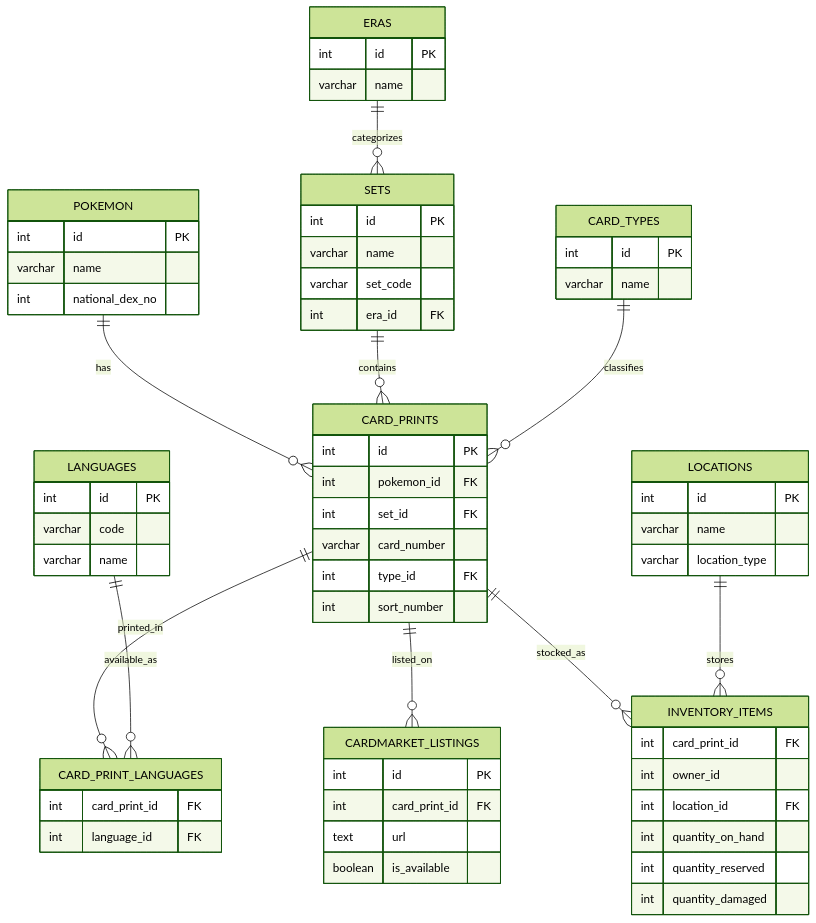
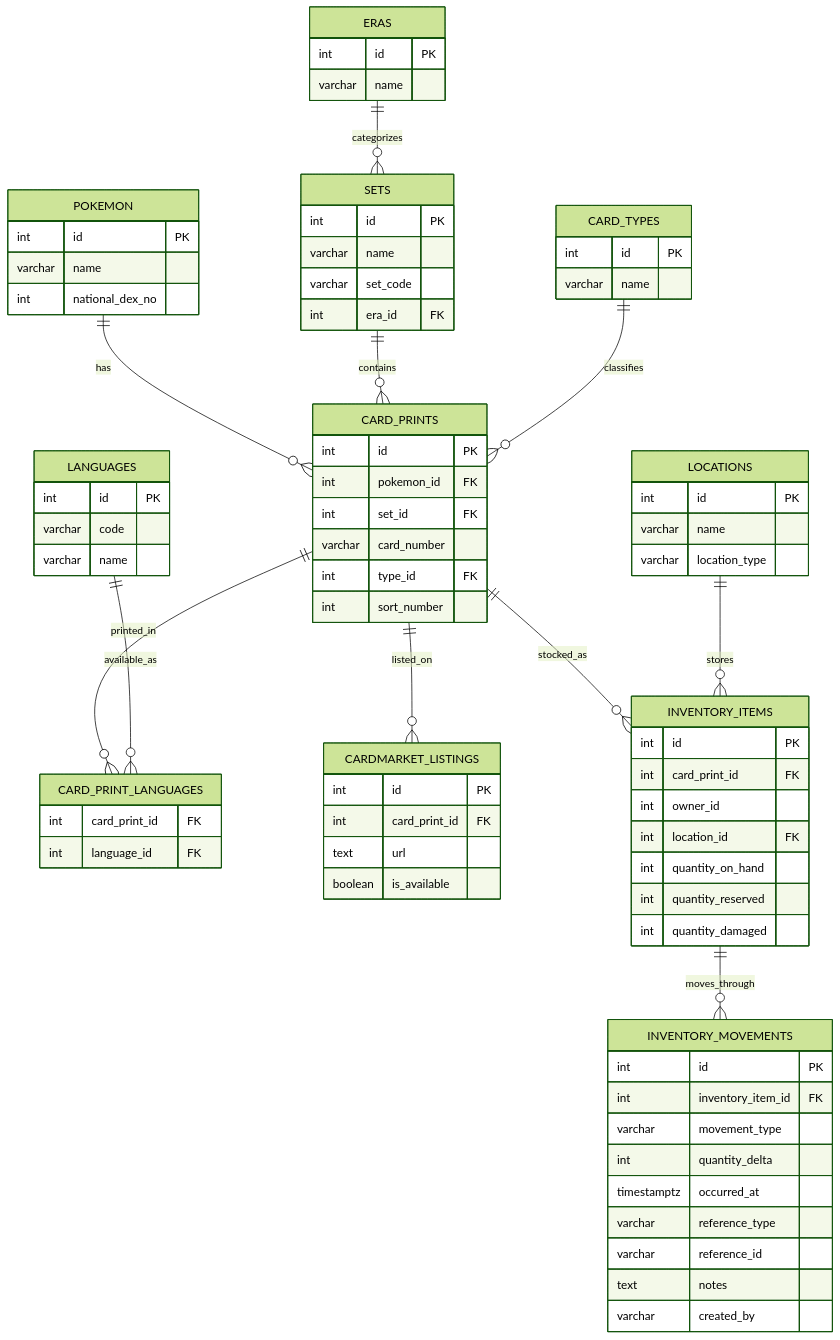
One commit to Scarrty/snoredex changed the diagram in docs/er_diagram.md. Above: the diagram before and after it, drawn with Mermaid (forest theme). The commit also changed 2 other files, not shown here.

Commit message:
Add inventory movement ledger and quantity sync rules

````diff
--- a/docs/er_diagram.md
+++ b/docs/er_diagram.md
@@ -60,12 +60,25 @@
     }
 
     INVENTORY_ITEMS {
+        int id PK
         int card_print_id FK
         int owner_id
         int location_id FK
         int quantity_on_hand
         int quantity_reserved
         int quantity_damaged
+    }
+
+    INVENTORY_MOVEMENTS {
+        int id PK
+        int inventory_item_id FK
+        varchar movement_type
+        int quantity_delta
+        timestamptz occurred_at
+        varchar reference_type
+        varchar reference_id
+        text notes
+        varchar created_by
     }
 
     POKEMON ||--o{ CARD_PRINTS : has
@@ -77,4 +90,5 @@
     CARD_PRINTS ||--o{ CARDMARKET_LISTINGS : listed_on
     CARD_PRINTS ||--o{ INVENTORY_ITEMS : stocked_as
     LOCATIONS ||--o{ INVENTORY_ITEMS : stores
+    INVENTORY_ITEMS ||--o{ INVENTORY_MOVEMENTS : moves_through
 ```
````
